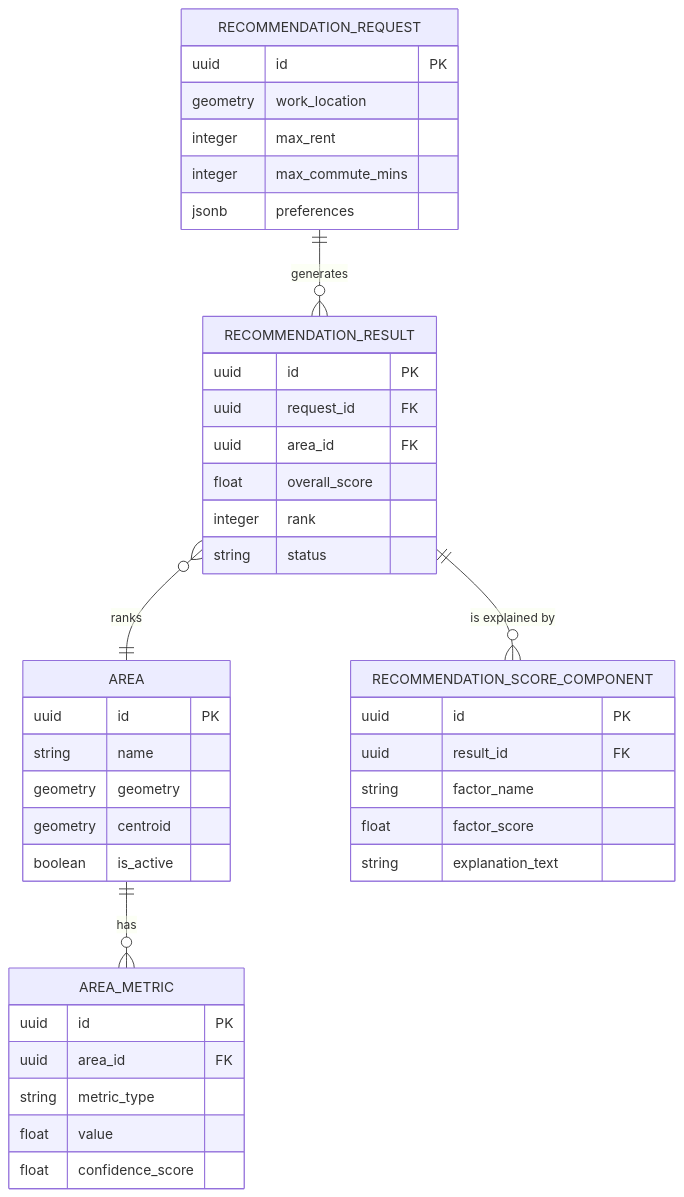
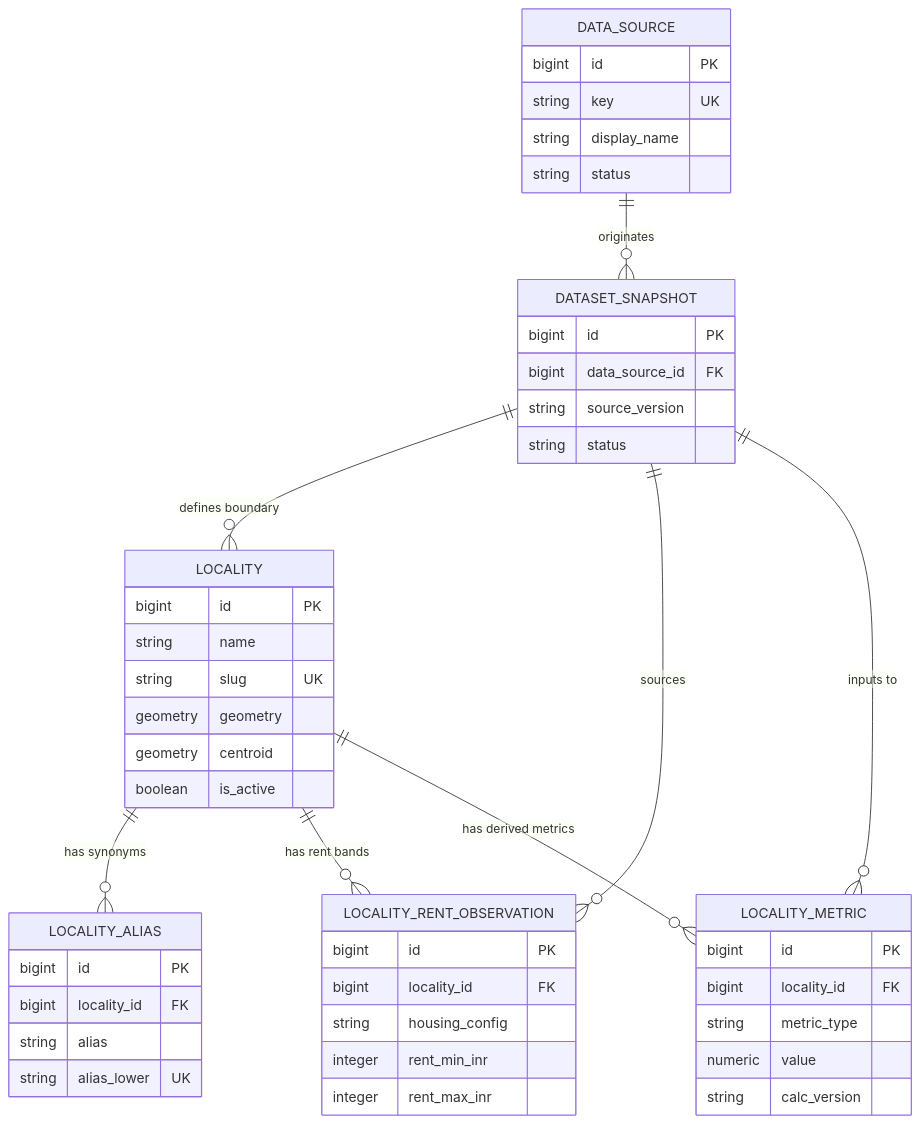
Before and after one commit to anurag-jaiswal-aj/blr.life: the diagram in docs/DOMAIN_MODEL.md, drawn with Mermaid. The commit also changed other lines of this file and 12 other files, not shown here.

Commit message:
feat: implement core domain schema

````diff
--- a/docs/DOMAIN_MODEL.md
+++ b/docs/DOMAIN_MODEL.md
@@ -34,48 +43,57 @@
 ```mermaid
 erDiagram
-    AREA {
-        uuid id PK
+    DATA_SOURCE ||--o{ DATASET_SNAPSHOT : "originates"
+    DATASET_SNAPSHOT ||--o{ LOCALITY : "defines boundary"
+    DATASET_SNAPSHOT ||--o{ LOCALITY_RENT_OBSERVATION : "sources"
+    DATASET_SNAPSHOT ||--o{ LOCALITY_METRIC : "inputs to"
+
+    LOCALITY ||--o{ LOCALITY_ALIAS : "has synonyms"
+    LOCALITY ||--o{ LOCALITY_RENT_OBSERVATION : "has rent bands"
+    LOCALITY ||--o{ LOCALITY_METRIC : "has derived metrics"
+
+    LOCALITY {
+        bigint id PK
         string name
+        string slug UK
         geometry geometry
         geometry centroid
         boolean is_active
     }
-    
-    AREA_METRIC {
-        uuid id PK
-        uuid area_id FK
+
+    LOCALITY_ALIAS {
+        bigint id PK
+        bigint locality_id FK
+        string alias
+        string alias_lower UK
+    }
+
+    LOCALITY_RENT_OBSERVATION {
+        bigint id PK
+        bigint locality_id FK
+        string housing_config
+        integer rent_min_inr
+        integer rent_max_inr
+    }
+
+    LOCALITY_METRIC {
+        bigint id PK
+        bigint locality_id FK
         string metric_type
-        float value
-        float confidence_score
+        numeric value
+        string calc_version
     }
-    
-    RECOMMENDATION_REQUEST {
-        uuid id PK
-        geometry work_location
-        integer max_rent
-        integer max_commute_mins
-        jsonb preferences
-    }
-    
-    RECOMMENDATION_RESULT {
-        uuid id PK
-        uuid request_id FK
-        uuid area_id FK
-        float overall_score
-        integer rank
+
+    DATA_SOURCE {
+        bigint id PK
+        string key UK
+        string display_name
         string status
     }
-    
-    RECOMMENDATION_SCORE_COMPONENT {
-        uuid id PK
-        uuid result_id FK
-        string factor_name
-        float factor_score
-        string explanation_text
+
+    DATASET_SNAPSHOT {
+        bigint id PK
+        bigint data_source_id FK
+        string source_version
+        string status
     }
-
-    AREA ||--o{ AREA_METRIC : "has"
-    RECOMMENDATION_REQUEST ||--o{ RECOMMENDATION_RESULT : "generates"
-    RECOMMENDATION_RESULT }o--|| AREA : "ranks"
-    RECOMMENDATION_RESULT ||--o{ RECOMMENDATION_SCORE_COMPONENT : "is explained by"
 ```
````
